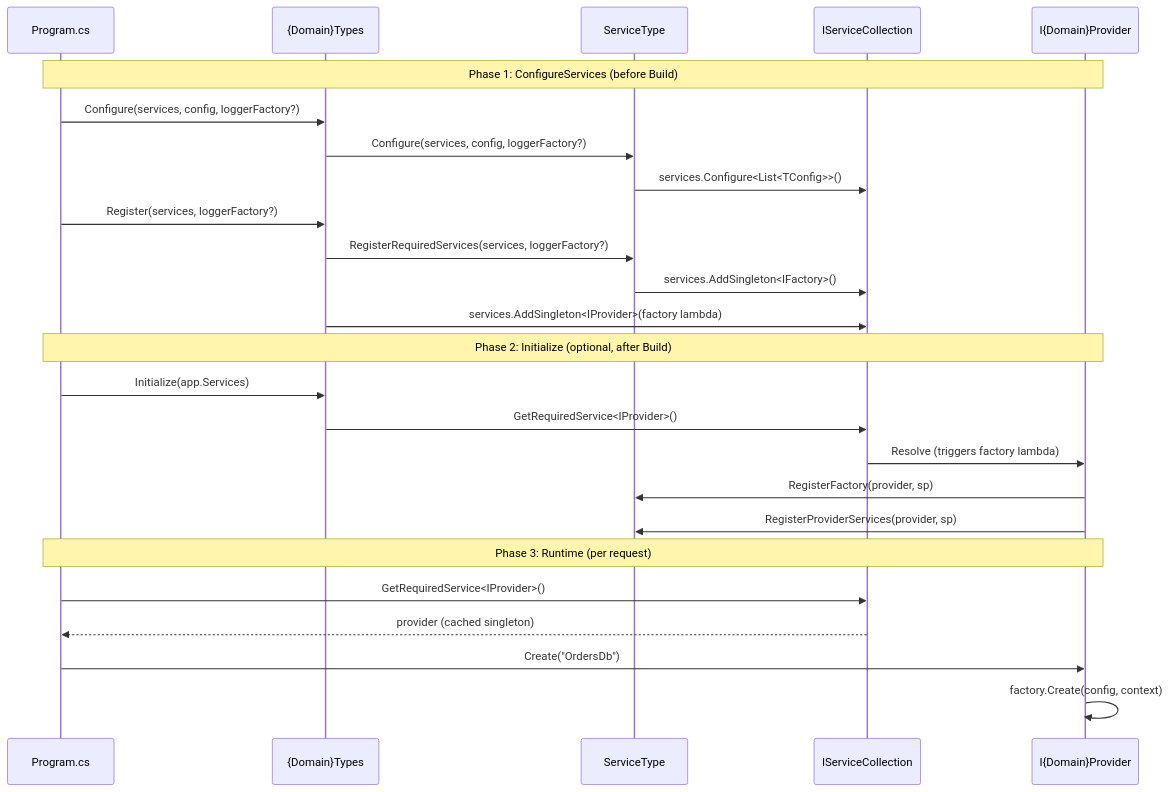
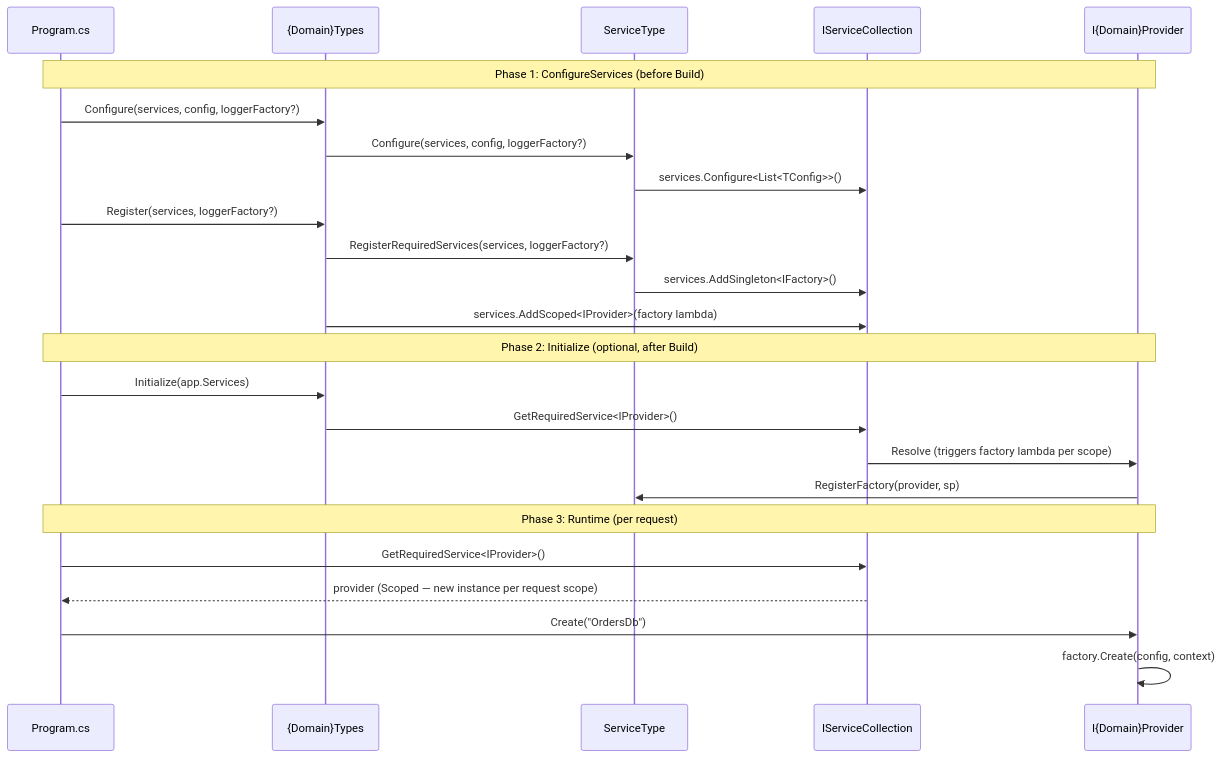
One commit to CyberdyneDevelopment/FractalDataWorks changed the second of 2 diagrams in wiki/06-01-Service-Domains-Overview.md. Above: the diagram before and after it, drawn with Mermaid. The commit also changed other lines of this file and 11549 other files, not shown here.

````diff
--- a/wiki/06-01-Service-Domains-Overview.md
+++ b/wiki/06-01-Service-Domains-Overview.md
@@ -67,31 +86,30 @@
 ```mermaid
 sequenceDiagram
     participant App as Program.cs
     participant Col as {Domain}Types
     participant ST as ServiceType
     participant DI as IServiceCollection
     participant Provider as I{Domain}Provider
 
     Note over App,Provider: Phase 1: ConfigureServices (before Build)
     App->>Col: Configure(services, config, loggerFactory?)
     Col->>ST: Configure(services, config, loggerFactory?)
     ST->>DI: services.Configure<List<TConfig>>()
 
     App->>Col: Register(services, loggerFactory?)
     Col->>ST: RegisterRequiredServices(services, loggerFactory?)
     ST->>DI: services.AddSingleton<IFactory>()
-    Col->>DI: services.AddSingleton<IProvider>(factory lambda)
+    Col->>DI: services.AddScoped<IProvider>(factory lambda)
 
     Note over App,Provider: Phase 2: Initialize (optional, after Build)
     App->>Col: Initialize(app.Services)
     Col->>DI: GetRequiredService<IProvider>()
-    DI->>Provider: Resolve (triggers factory lambda)
+    DI->>Provider: Resolve (triggers factory lambda per scope)
     Provider->>ST: RegisterFactory(provider, sp)
-    Provider->>ST: RegisterProviderServices(provider, sp)
 
     Note over App,Provider: Phase 3: Runtime (per request)
     App->>DI: GetRequiredService<IProvider>()
-    DI-->>App: provider (cached singleton)
+    DI-->>App: provider (Scoped — new instance per request scope)
     App->>Provider: Create("OrdersDb")
     Provider->>Provider: factory.Create(config, context)
 ```
````
